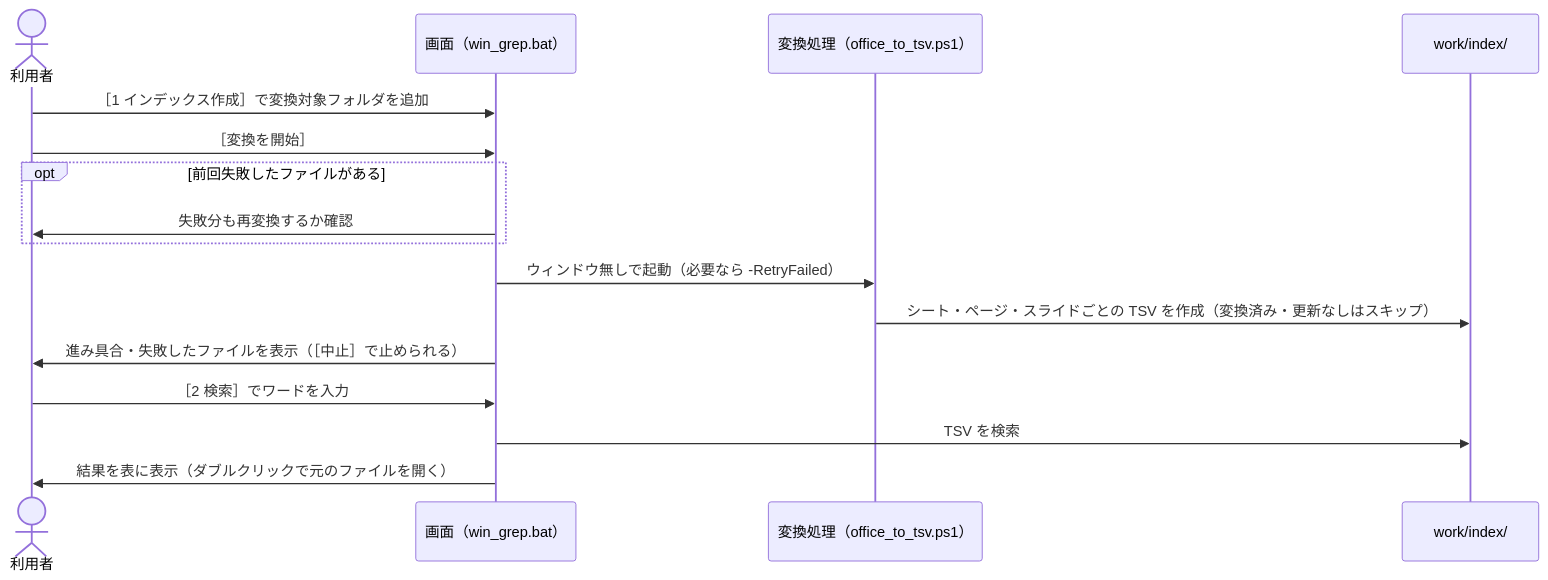
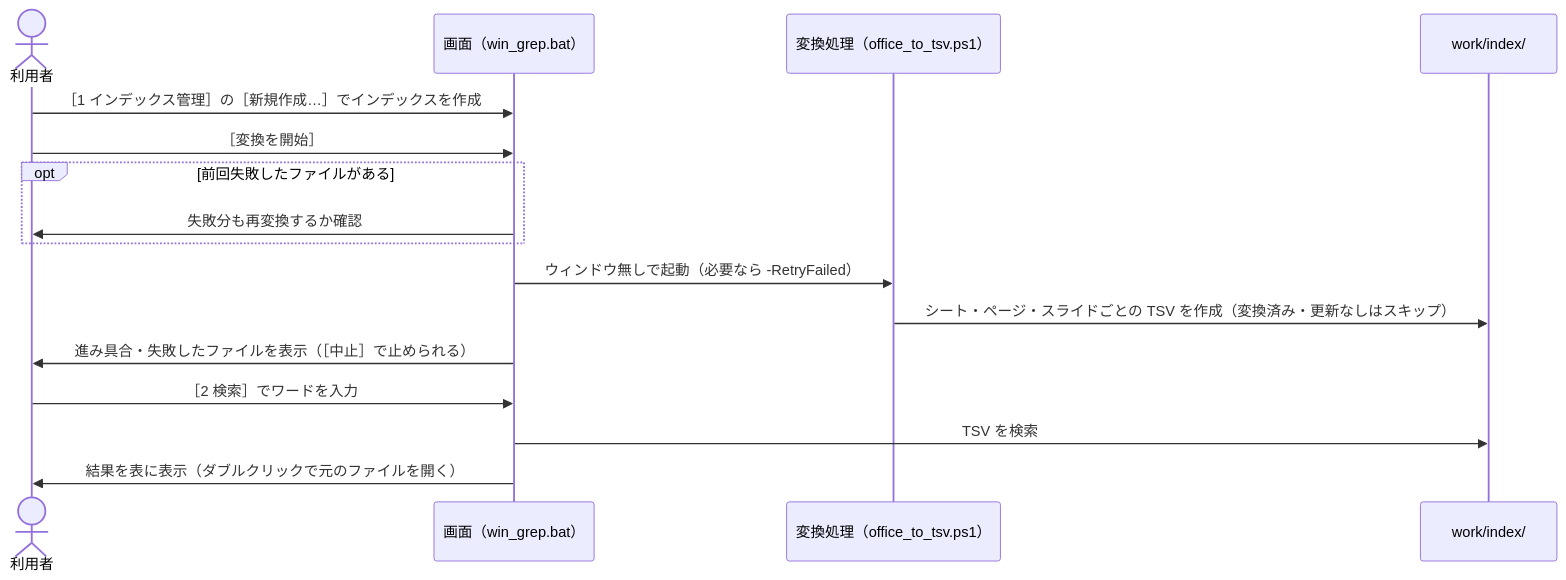
One commit to hsgwa/tebunko changed the second of 2 diagrams in docs/00_index.md. Above: the diagram before and after it, drawn with Mermaid. The commit also changed other lines of this file and 27 other files, not shown here.

````diff
--- a/docs/00_index.md
+++ b/docs/00_index.md
@@ -122,19 +122,19 @@
 ```mermaid
 sequenceDiagram
     actor U as 利用者
     participant G as 画面（win_grep.bat）
     participant CV as 変換処理（office_to_tsv.ps1）
     participant W as work/index/
 
-    U->>G: ［1 インデックス作成］で変換対象フォルダを追加
+    U->>G: ［1 インデックス管理］の［新規作成…］でインデックスを作成
     U->>G: ［変換を開始］
     opt 前回失敗したファイルがある
         G->>U: 失敗分も再変換するか確認
     end
     G->>CV: ウィンドウ無しで起動（必要なら -RetryFailed）
     CV->>W: シート・ページ・スライドごとの TSV を作成（変換済み・更新なしはスキップ）
     G->>U: 進み具合・失敗したファイルを表示（［中止］で止められる）
     U->>G: ［2 検索］でワードを入力
     G->>W: TSV を検索
     G->>U: 結果を表に表示（ダブルクリックで元のファイルを開く）
 ```
````
